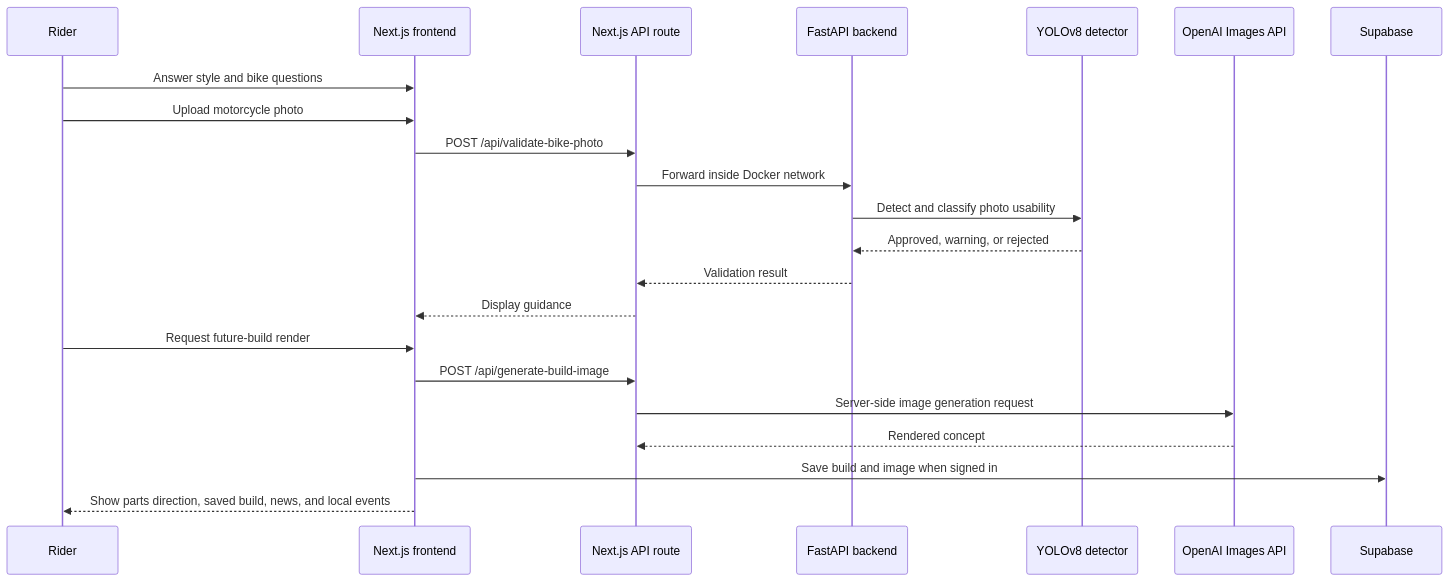
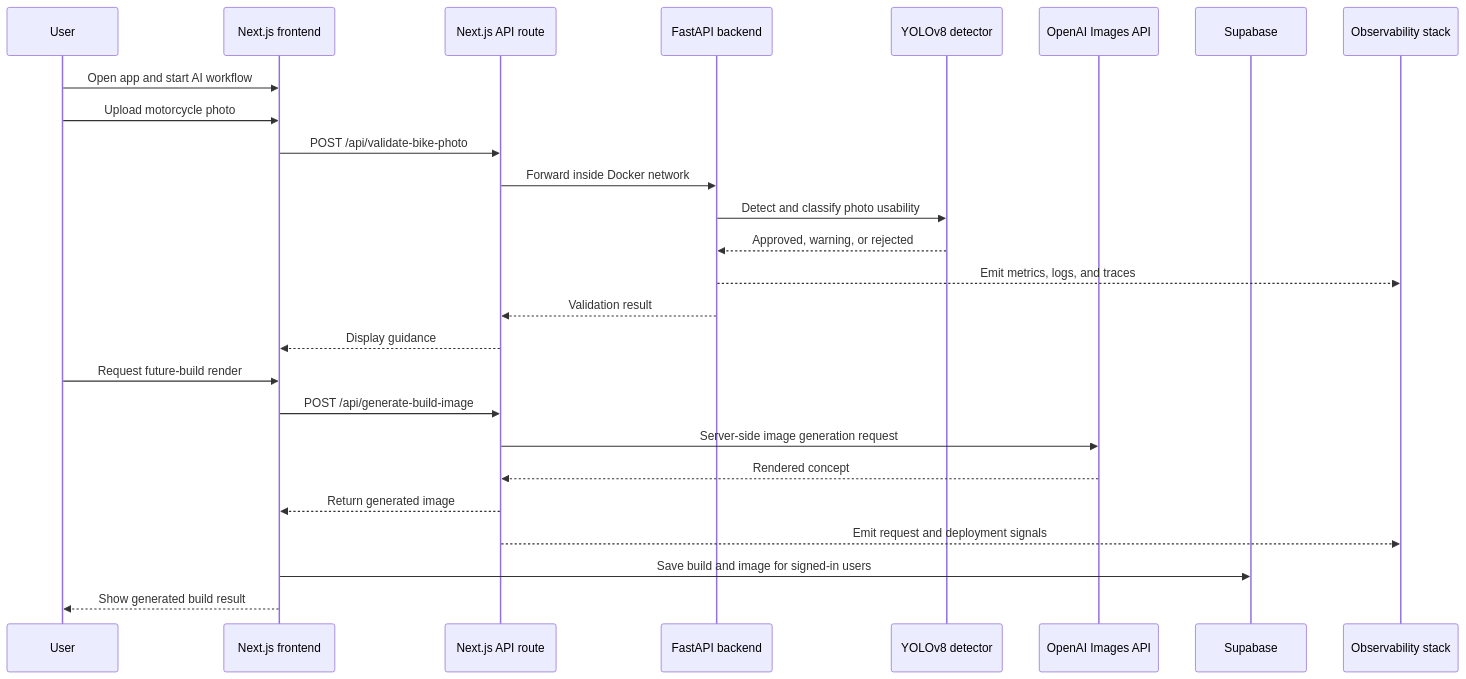
One commit to hzzcoding/SlowChrome-Showcase changed the second of 4 diagrams in docs/technical-case-study.md. Above: the diagram before and after it, drawn with Mermaid. The commit also changed other lines of this file, not shown here.

````diff
--- a/docs/technical-case-study.md
+++ b/docs/technical-case-study.md
@@ -53,25 +62,29 @@
 ```mermaid
 sequenceDiagram
-    participant U as Rider
+    participant U as User
     participant F as Next.js frontend
     participant N as Next.js API route
     participant B as FastAPI backend
     participant Y as YOLOv8 detector
     participant O as OpenAI Images API
     participant S as Supabase
+    participant M as Observability stack
 
-    U->>F: Answer style and bike questions
+    U->>F: Open app and start AI workflow
     U->>F: Upload motorcycle photo
     F->>N: POST /api/validate-bike-photo
     N->>B: Forward inside Docker network
     B->>Y: Detect and classify photo usability
     Y-->>B: Approved, warning, or rejected
+    B-->>M: Emit metrics, logs, and traces
     B-->>N: Validation result
     N-->>F: Display guidance
     U->>F: Request future-build render
     F->>N: POST /api/generate-build-image
     N->>O: Server-side image generation request
     O-->>N: Rendered concept
-    F->>S: Save build and image when signed in
-    F-->>U: Show parts direction, saved build, news, and local events
+    N-->>F: Return generated image
+    N-->>M: Emit request and deployment signals
+    F->>S: Save build and image for signed-in users
+    F-->>U: Show generated build result
 ```
````
